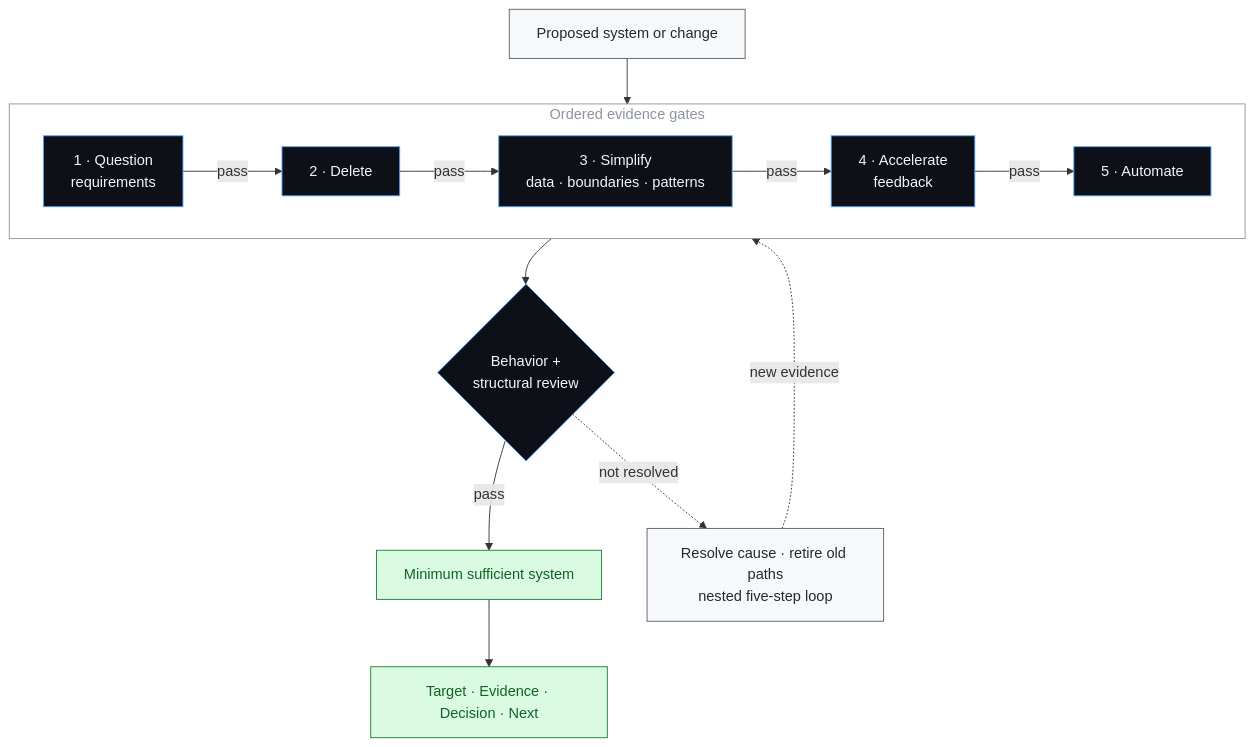
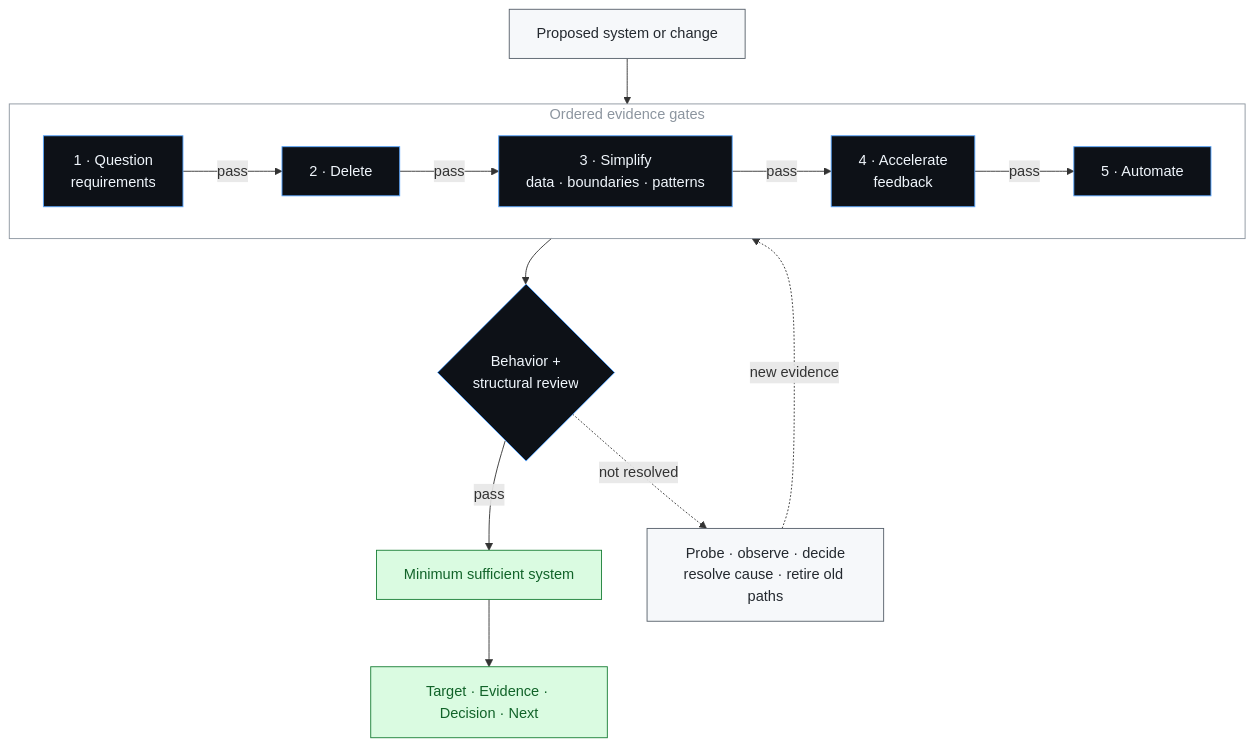
The diagram in README.md (ZepinLi/five-step-engineering), drawn with Mermaid before and after one commit. The commit also changed other lines of this file and 3 other files, not shown here.

Commit message:
Strengthen feedback throughout the five-step process

````diff
--- a/README.md
+++ b/README.md
@@ -12,25 +12,25 @@
 ```mermaid
 flowchart TB
     I["Proposed system or change"]
     subgraph P["Ordered evidence gates"]
         direction LR
         Q["1 · Question<br/>requirements"] -->|"pass"| D["2 · Delete"]
         D -->|"pass"| S["3 · Simplify<br/>data · boundaries · patterns"]
         S -->|"pass"| C["4 · Accelerate<br/>feedback"]
         C -->|"pass"| A["5 · Automate"]
     end
     I --> P
     P --> G{"Behavior +<br/>structural review"}
     G -->|"pass"| O["Minimum sufficient system"]
     O --> R["Target · Evidence · Decision · Next"]
-    G -. "not resolved" .-> L["Resolve cause · retire old paths<br/>nested five-step loop"]
+    G -. "not resolved" .-> L["Probe · observe · decide<br/>resolve cause · retire old paths"]
     L -. "new evidence" .-> P
 
     classDef input fill:#f6f8fa,stroke:#57606a,color:#24292f;
     classDef gate fill:#0d1117,stroke:#58a6ff,color:#f0f6fc;
     classDef result fill:#dafbe1,stroke:#1a7f37,color:#116329;
     class I,L input;
     class Q,D,S,C,A,G gate;
     class O,R result;
     style P fill:transparent,stroke:#8c959f,color:#8c959f;
 ```
````
